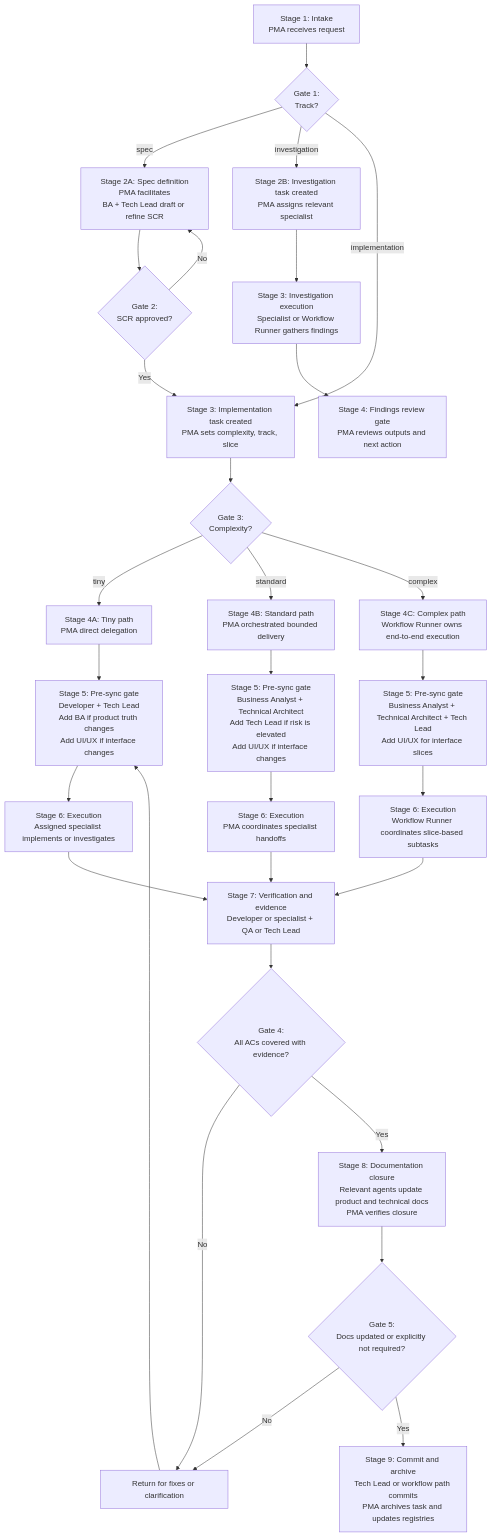
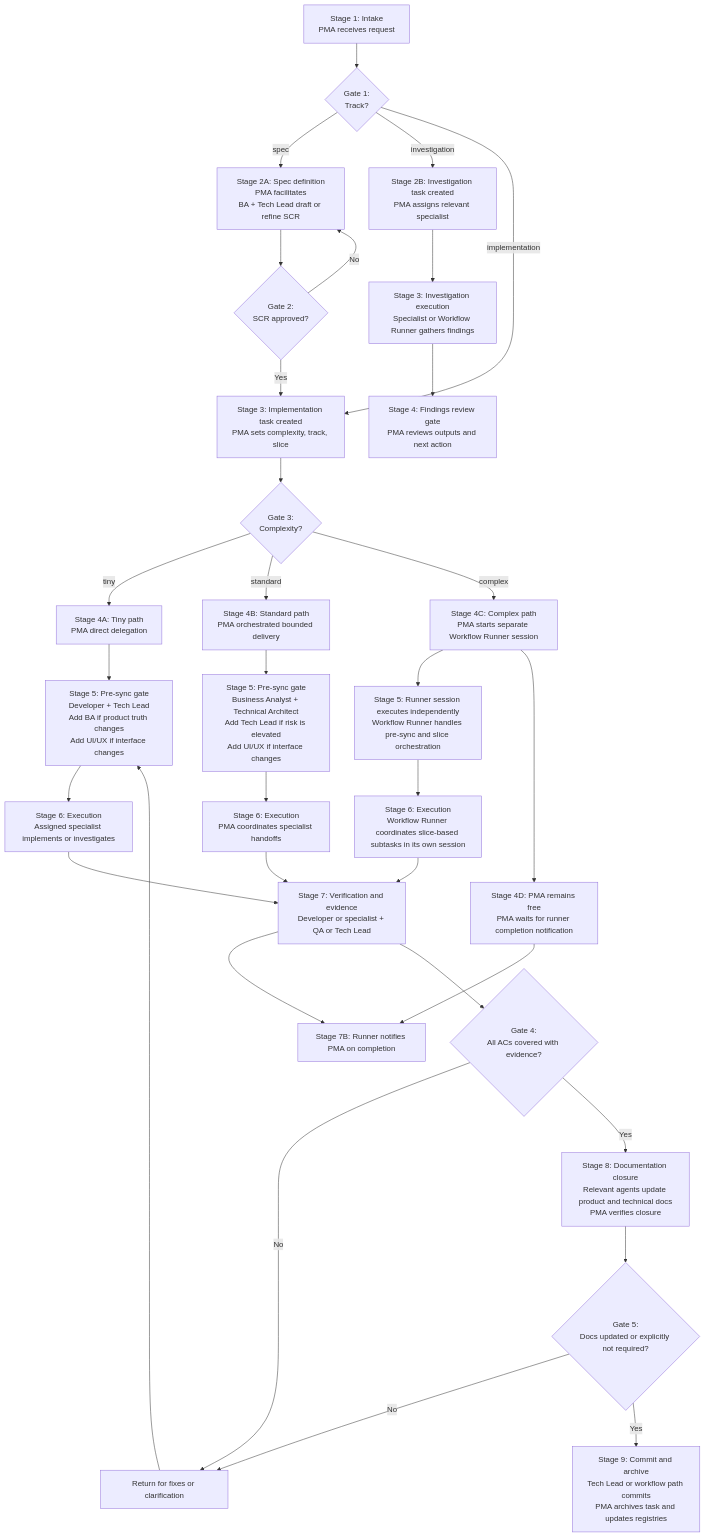
The diagram in README.md (NeuralNomadsAI/NomadWorks), drawn with Mermaid before and after one commit.

Commit message:
docs: clarify runner session separation in workflow chart

````diff
--- a/README.md
+++ b/README.md
@@ -73,41 +73,44 @@
 ```mermaid
 flowchart TD
     A[Stage 1: Intake<br/>PMA receives request] --> B{Gate 1:<br/>Track?}
 
     B -->|spec| C[Stage 2A: Spec definition<br/>PMA facilitates<br/>BA + Tech Lead draft or refine SCR]
     C --> D{Gate 2:<br/>SCR approved?}
     D -->|No| C
     D -->|Yes| E[Stage 3: Implementation task created<br/>PMA sets complexity, track, slice]
 
     B -->|investigation| F[Stage 2B: Investigation task created<br/>PMA assigns relevant specialist]
     F --> G[Stage 3: Investigation execution<br/>Specialist or Workflow Runner gathers findings]
     G --> H[Stage 4: Findings review gate<br/>PMA reviews outputs and next action]
 
     B -->|implementation| E
 
     E --> I{Gate 3:<br/>Complexity?}
     I -->|tiny| J[Stage 4A: Tiny path<br/>PMA direct delegation]
     I -->|standard| K[Stage 4B: Standard path<br/>PMA orchestrated bounded delivery]
-    I -->|complex| L[Stage 4C: Complex path<br/>Workflow Runner owns end-to-end execution]
+    I -->|complex| L[Stage 4C: Complex path<br/>PMA starts separate Workflow Runner session]
 
     J --> M[Stage 5: Pre-sync gate<br/>Developer + Tech Lead<br/>Add BA if product truth changes<br/>Add UI/UX if interface changes]
     K --> N[Stage 5: Pre-sync gate<br/>Business Analyst + Technical Architect<br/>Add Tech Lead if risk is elevated<br/>Add UI/UX if interface changes]
-    L --> O[Stage 5: Pre-sync gate<br/>Business Analyst + Technical Architect + Tech Lead<br/>Add UI/UX for interface slices]
+    L --> O[Stage 5: Runner session executes independently<br/>Workflow Runner handles pre-sync and slice orchestration]
+    L --> L2[Stage 4D: PMA remains free<br/>PMA waits for runner completion notification]
 
     M --> P[Stage 6: Execution<br/>Assigned specialist implements or investigates]
     N --> Q[Stage 6: Execution<br/>PMA coordinates specialist handoffs]
-    O --> R[Stage 6: Execution<br/>Workflow Runner coordinates slice-based subtasks]
+    O --> R[Stage 6: Execution<br/>Workflow Runner coordinates slice-based subtasks in its own session]
 
     P --> S[Stage 7: Verification and evidence<br/>Developer or specialist + QA or Tech Lead]
     Q --> S
     R --> S
+    S --> L3[Stage 7B: Runner notifies PMA on completion]
+    L2 --> L3
 
     S --> T{Gate 4:<br/>All ACs covered with evidence?}
     T -->|No| U[Return for fixes or clarification]
     U --> M
     T -->|Yes| V[Stage 8: Documentation closure<br/>Relevant agents update product and technical docs<br/>PMA verifies closure]
 
     V --> W{Gate 5:<br/>Docs updated or explicitly not required?}
     W -->|No| U
     W -->|Yes| X[Stage 9: Commit and archive<br/>Tech Lead or workflow path commits<br/>PMA archives task and updates registries]
 ```
````
